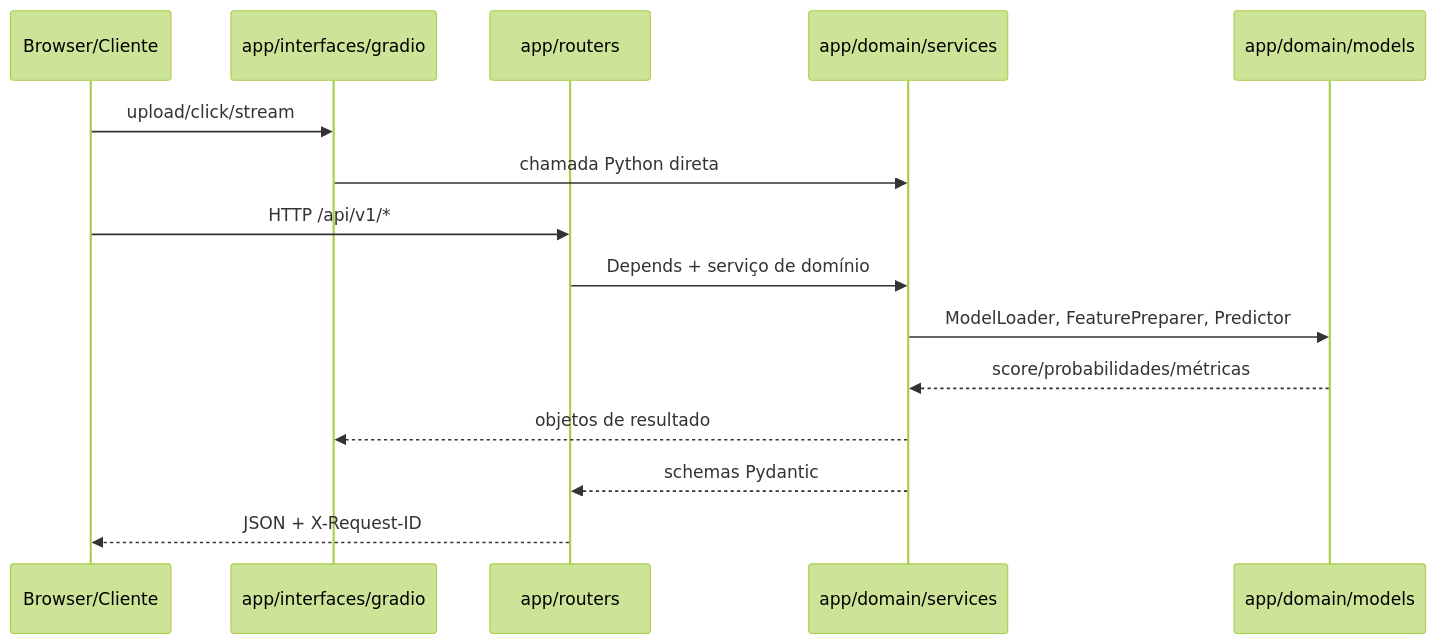
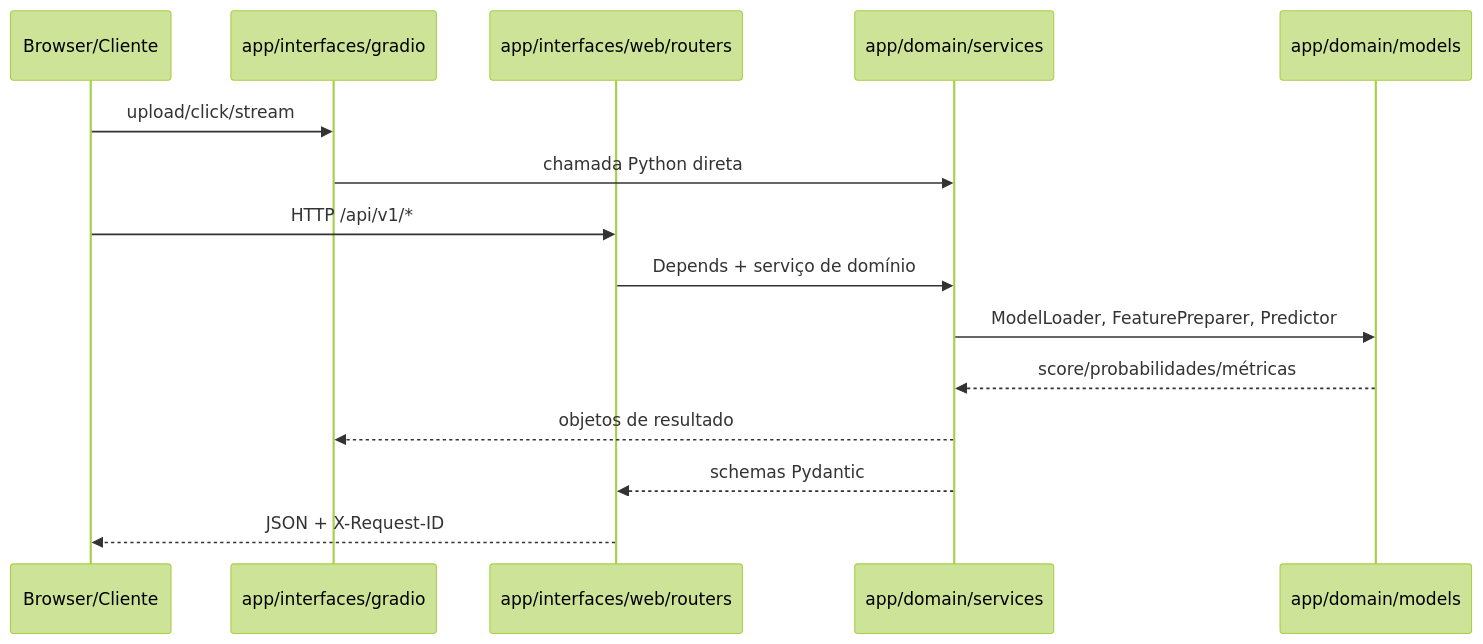
Before and after one commit to thierrybraga/XFakeSong: the diagram in docs/07_API_COMUNICACAO.md, drawn with Mermaid (forest theme). The commit also changed other lines of this file and 979 other files, not shown here.

````diff
--- a/docs/07_API_COMUNICACAO.md
+++ b/docs/07_API_COMUNICACAO.md
@@ -33,18 +34,18 @@
 ```mermaid
 sequenceDiagram
     participant Browser as Browser/Cliente
     participant Gradio as app/interfaces/gradio
-    participant API as app/routers
+    participant API as app/interfaces/web/routers
     participant Services as app/domain/services
     participant Models as app/domain/models
 
     Browser->>Gradio: upload/click/stream
     Gradio->>Services: chamada Python direta
     Browser->>API: HTTP /api/v1/*
     API->>Services: Depends + serviço de domínio
     Services->>Models: ModelLoader, FeaturePreparer, Predictor
     Models-->>Services: score/probabilidades/métricas
     Services-->>Gradio: objetos de resultado
     Services-->>API: schemas Pydantic
     API-->>Browser: JSON + X-Request-ID
 ```
````
